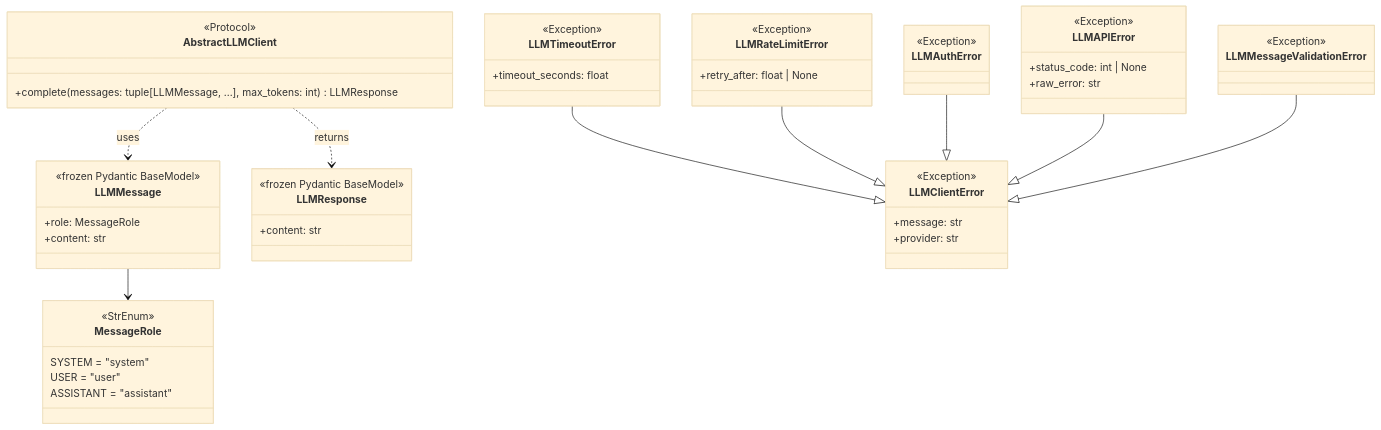
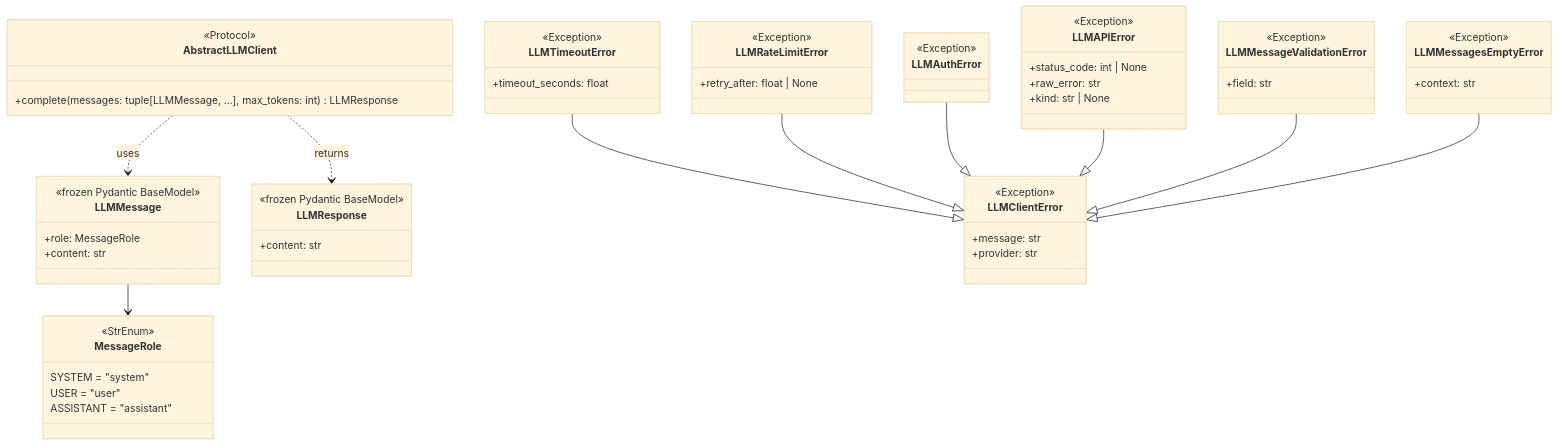
Before and after one commit to bakufu-dev/bakufu: the diagram in docs/features/llm-client/domain/detailed-design.md, drawn with Mermaid (base theme). The commit also changed other lines of this file and 6 other files, not shown here.

````diff
--- a/docs/features/llm-client/domain/detailed-design.md
+++ b/docs/features/llm-client/domain/detailed-design.md
@@ -18,64 +18,72 @@
 ```mermaid
 classDiagram
     class AbstractLLMClient {
         <<Protocol>>
         +complete(messages: tuple[LLMMessage, ...], max_tokens: int) LLMResponse
     }
 
     class LLMMessage {
         <<frozen Pydantic BaseModel>>
         +role: MessageRole
         +content: str
     }
 
     class LLMResponse {
         <<frozen Pydantic BaseModel>>
         +content: str
     }
 
     class MessageRole {
         <<StrEnum>>
         SYSTEM = "system"
         USER = "user"
         ASSISTANT = "assistant"
     }
 
     class LLMClientError {
         <<Exception>>
         +message: str
         +provider: str
     }
 
     class LLMTimeoutError {
         <<Exception>>
         +timeout_seconds: float
     }
 
     class LLMRateLimitError {
         <<Exception>>
         +retry_after: float | None
     }
 
     class LLMAuthError {
         <<Exception>>
     }
 
     class LLMAPIError {
         <<Exception>>
         +status_code: int | None
         +raw_error: str
+        +kind: str | None
     }
 
     class LLMMessageValidationError {
         <<Exception>>
+        +field: str
+    }
+
+    class LLMMessagesEmptyError {
+        <<Exception>>
+        +context: str
     }
 
     LLMMessage --> MessageRole
     AbstractLLMClient ..> LLMMessage : uses
     AbstractLLMClient ..> LLMResponse : returns
     LLMTimeoutError --|> LLMClientError
     LLMRateLimitError --|> LLMClientError
     LLMAuthError --|> LLMClientError
     LLMAPIError --|> LLMClientError
     LLMMessageValidationError --|> LLMClientError
+    LLMMessagesEmptyError --|> LLMClientError
 ```
````
